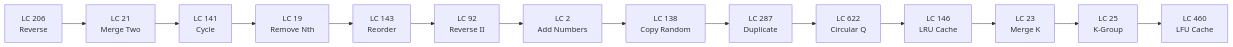
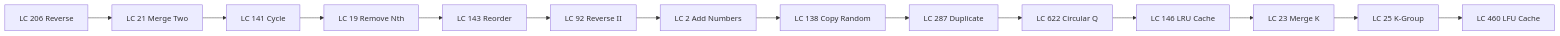
The sixth of 6 diagrams in linked_list/README.md (deepanshu-rawat6/AlgoAtlas), drawn with Mermaid before and after one commit. The commit also changed other lines of this file and 13 other files, not shown here.

````diff
--- a/linked_list/README.md
+++ b/linked_list/README.md
@@ -146,16 +146,16 @@
 ```mermaid
 flowchart LR
-    A[LC 206<br>Reverse] --> B[LC 21<br>Merge Two]
-    B --> C[LC 141<br>Cycle]
-    C --> D[LC 19<br>Remove Nth]
-    D --> E[LC 143<br>Reorder]
-    E --> F[LC 92<br>Reverse II]
-    F --> G[LC 2<br>Add Numbers]
-    G --> H[LC 138<br>Copy Random]
-    H --> I[LC 287<br>Duplicate]
-    I --> J[LC 622<br>Circular Q]
-    J --> K[LC 146<br>LRU Cache]
-    K --> L[LC 23<br>Merge K]
-    L --> M[LC 25<br>K-Group]
-    M --> N[LC 460<br>LFU Cache]
+    A[LC 206 Reverse] --> B[LC 21 Merge Two]
+    B --> C[LC 141 Cycle]
+    C --> D[LC 19 Remove Nth]
+    D --> E[LC 143 Reorder]
+    E --> F[LC 92 Reverse II]
+    F --> G[LC 2 Add Numbers]
+    G --> H[LC 138 Copy Random]
+    H --> I[LC 287 Duplicate]
+    I --> J[LC 622 Circular Q]
+    J --> K[LC 146 LRU Cache]
+    K --> L[LC 23 Merge K]
+    L --> M[LC 25 K-Group]
+    M --> N[LC 460 LFU Cache]
 ```
````
